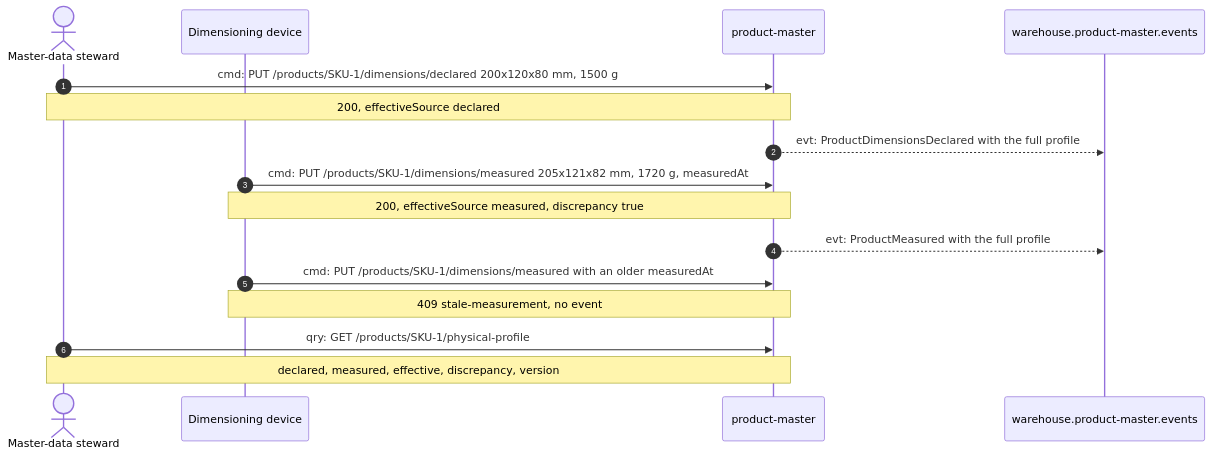
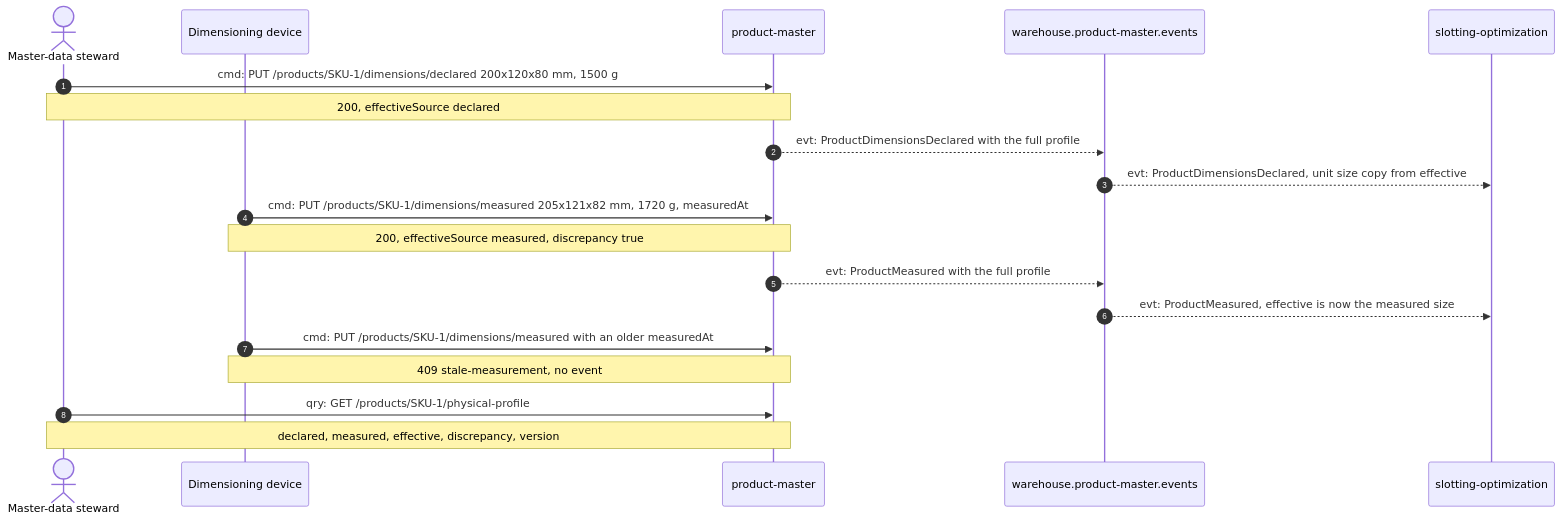
The second of 3 diagrams in docs/docs/ddd/domain-message-flow.md (IQVO/product-master), drawn with Mermaid before and after one commit. The commit also changed other lines of this file and 13 other files, not shown here.

````diff
--- a/docs/docs/ddd/domain-message-flow.md
+++ b/docs/docs/ddd/domain-message-flow.md
@@ -49,18 +54,21 @@
 ```mermaid
 sequenceDiagram
   autonumber
   actor Steward as Master-data steward
   participant Device as Dimensioning device
   participant PM as product-master
   participant Topic as warehouse.product-master.events
+  participant SO as slotting-optimization
   Steward->>PM: cmd: PUT /products/SKU-1/dimensions/declared 200x120x80 mm, 1500 g
   Note over Steward,PM: 200, effectiveSource declared
   PM-->>Topic: evt: ProductDimensionsDeclared with the full profile
+  Topic-->>SO: evt: ProductDimensionsDeclared, unit size copy from effective
   Device->>PM: cmd: PUT /products/SKU-1/dimensions/measured 205x121x82 mm, 1720 g, measuredAt
   Note over Device,PM: 200, effectiveSource measured, discrepancy true
   PM-->>Topic: evt: ProductMeasured with the full profile
+  Topic-->>SO: evt: ProductMeasured, effective is now the measured size
   Device->>PM: cmd: PUT /products/SKU-1/dimensions/measured with an older measuredAt
   Note over Device,PM: 409 stale-measurement, no event
   Steward->>PM: qry: GET /products/SKU-1/physical-profile
   Note over Steward,PM: declared, measured, effective, discrepancy, version
 ```
````
